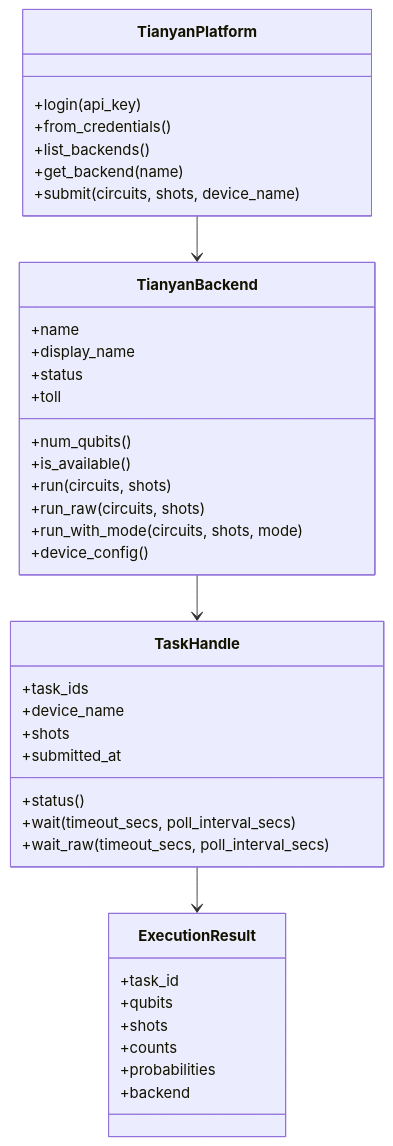
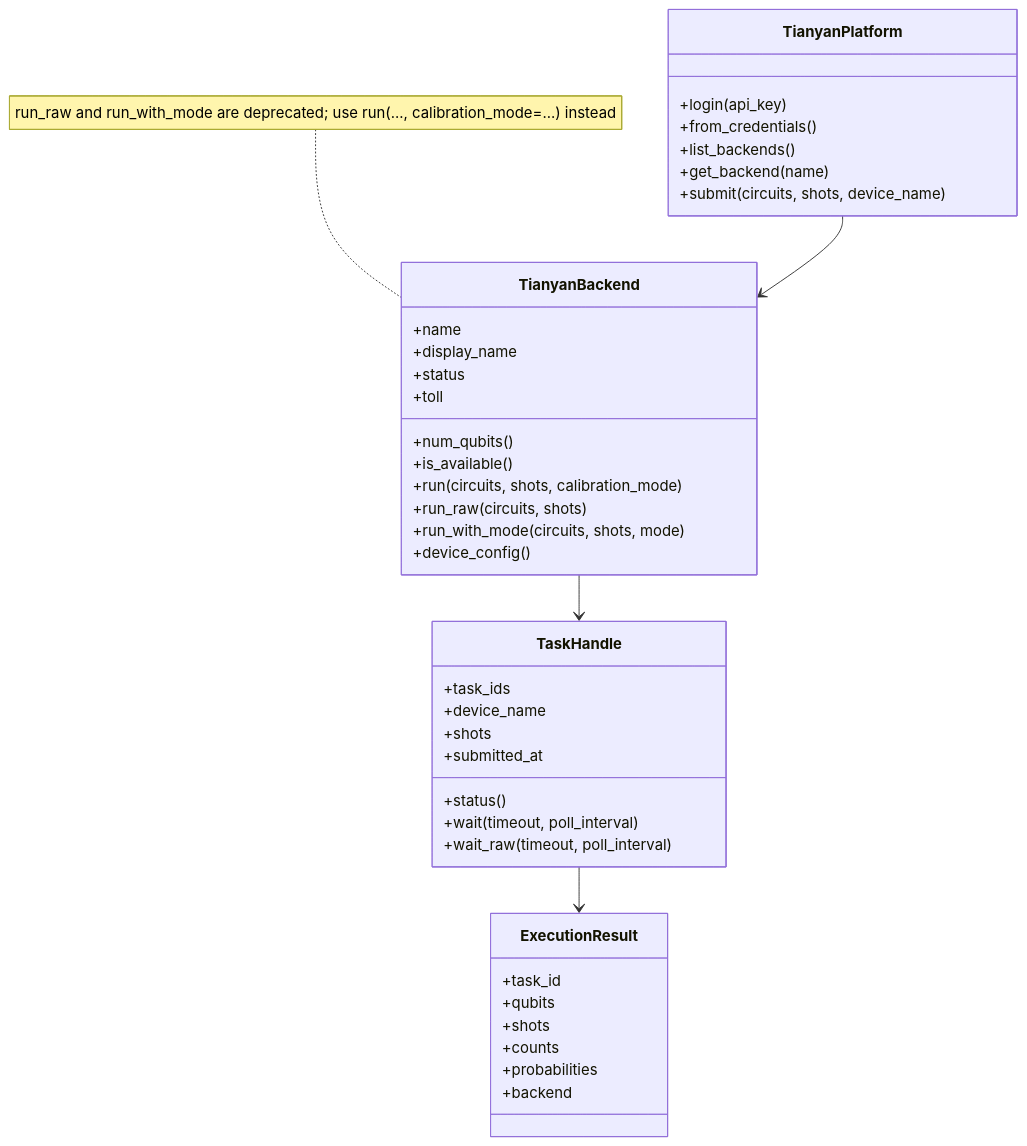
Before and after one commit to 1734/cqlib: the second of 2 diagrams in docs/documentation/en/1_cqlib/7_tianyan/0_overview.md, drawn with Mermaid. The commit also changed other lines of this file and 7 other files, not shown here.

````diff
--- a/docs/documentation/en/1_cqlib/7_tianyan/0_overview.md
+++ b/docs/documentation/en/1_cqlib/7_tianyan/0_overview.md
@@ -100,42 +100,43 @@
 ```mermaid
 classDiagram
     class TianyanPlatform {
         +login(api_key)
         +from_credentials()
         +list_backends()
         +get_backend(name)
         +submit(circuits, shots, device_name)
     }
     class TianyanBackend {
         +name
         +display_name
         +status
         +toll
         +num_qubits()
         +is_available()
-        +run(circuits, shots)
+        +run(circuits, shots, calibration_mode)
         +run_raw(circuits, shots)
         +run_with_mode(circuits, shots, mode)
         +device_config()
     }
     class TaskHandle {
         +task_ids
         +device_name
         +shots
         +submitted_at
         +status()
-        +wait(timeout_secs, poll_interval_secs)
-        +wait_raw(timeout_secs, poll_interval_secs)
+        +wait(timeout, poll_interval)
+        +wait_raw(timeout, poll_interval)
     }
     class ExecutionResult {
         +task_id
         +qubits
         +shots
         +counts
         +probabilities
         +backend
     }
     TianyanPlatform --> TianyanBackend
     TianyanBackend --> TaskHandle
     TaskHandle --> ExecutionResult
+    note for TianyanBackend "run_raw and run_with_mode are deprecated; use run(..., calibration_mode=...) instead"
 ```
````
